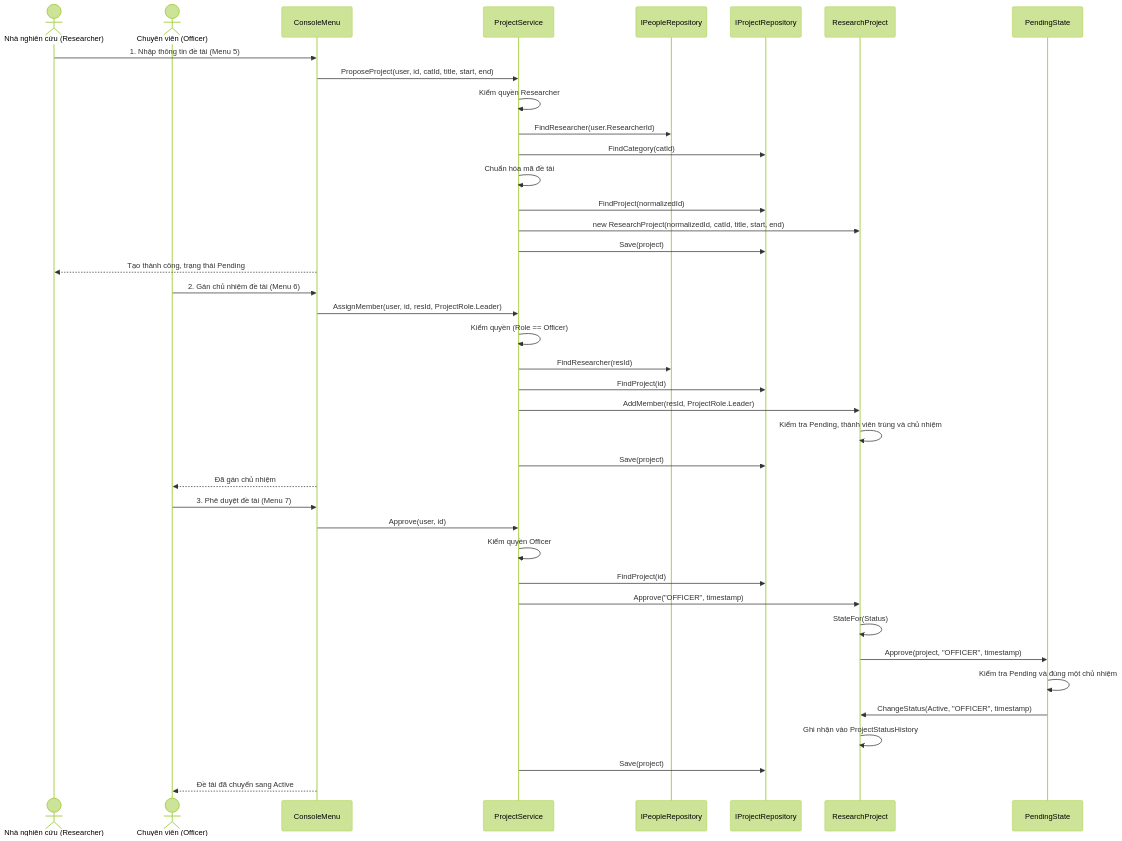
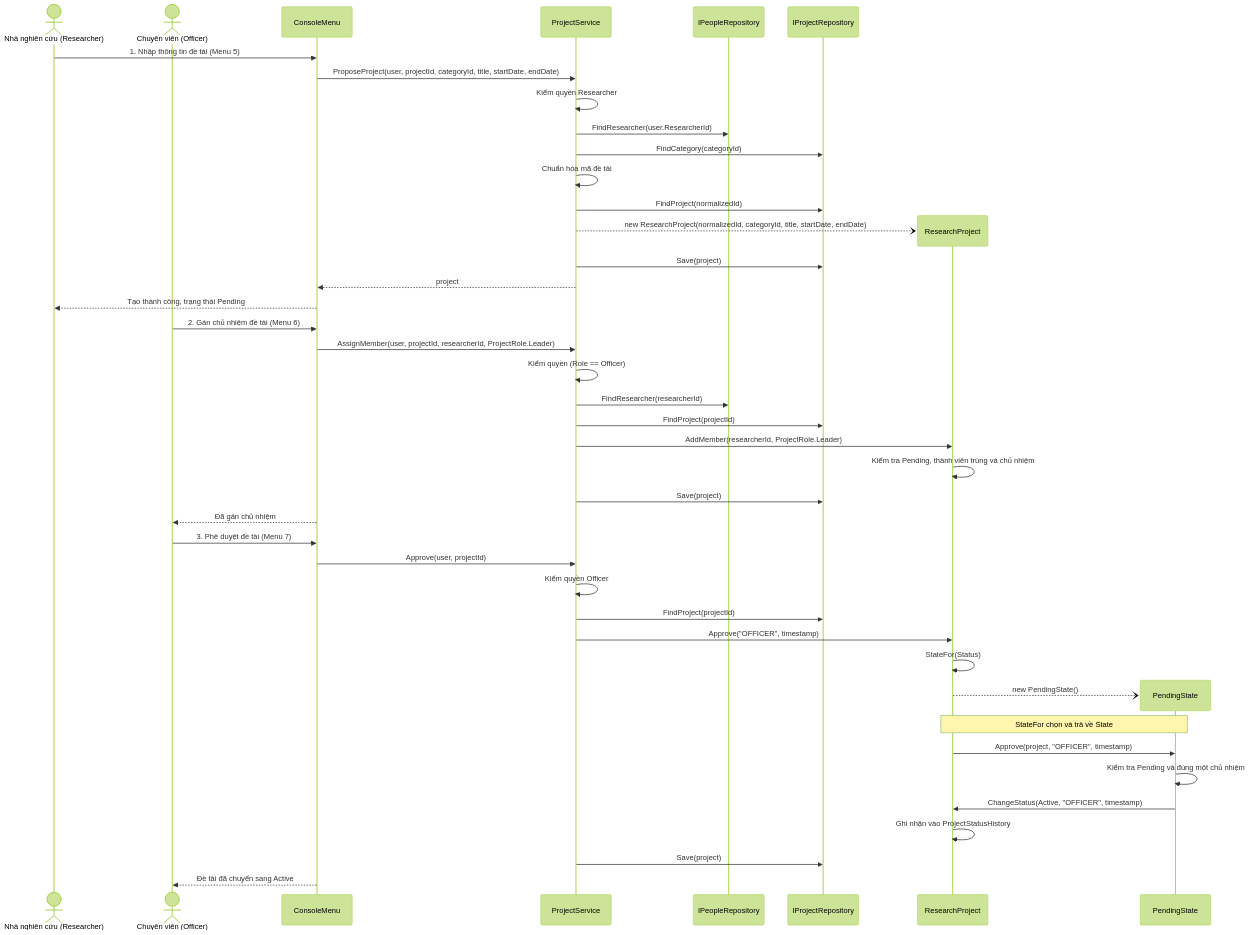
Before and after one commit to PKT-zZ/QLNCKH_OOP_FINAL: the seventh of 10 diagrams in docs/uml.md, drawn with Mermaid (forest theme). The commit also changed other lines of this file and 1 other file, not shown here.

Commit message:
docs: align use cases and UML with implementation

````diff
--- a/docs/uml.md
+++ b/docs/uml.md
@@ -555,48 +573,51 @@
 ```mermaid
 sequenceDiagram
     actor NNC as Nhà nghiên cứu (Researcher)
     actor CV as Chuyên viên (Officer)
     participant UI as ConsoleMenu
     participant PS as ProjectService
     participant People as IPeopleRepository
     participant Repo as IProjectRepository
-    participant P as ResearchProject
-    participant State as PendingState
 
     %% UC02: Đề xuất
     NNC->>UI: 1. Nhập thông tin đề tài (Menu 5)
-    UI->>PS: ProposeProject(user, id, catId, title, start, end)
+    UI->>PS: ProposeProject(user, projectId, categoryId, title, startDate, endDate)
     PS->>PS: Kiểm quyền Researcher
     PS->>People: FindResearcher(user.ResearcherId)
-    PS->>Repo: FindCategory(catId)
+    PS->>Repo: FindCategory(categoryId)
     PS->>PS: Chuẩn hóa mã đề tài
     PS->>Repo: FindProject(normalizedId)
-    PS->>P: new ResearchProject(normalizedId, catId, title, start, end)
+    create participant P as ResearchProject
+    PS--)P: new ResearchProject(normalizedId, categoryId, title, startDate, endDate)
     PS->>Repo: Save(project)
+    PS-->>UI: project
     UI-->>NNC: Tạo thành công, trạng thái Pending
 
     %% UC03: Gán chủ nhiệm
     CV->>UI: 2. Gán chủ nhiệm đề tài (Menu 6)
-    UI->>PS: AssignMember(user, id, resId, ProjectRole.Leader)
+    UI->>PS: AssignMember(user, projectId, researcherId, ProjectRole.Leader)
     PS->>PS: Kiểm quyền (Role == Officer)
-    PS->>People: FindResearcher(resId)
-    PS->>Repo: FindProject(id)
-    PS->>P: AddMember(resId, ProjectRole.Leader)
+    PS->>People: FindResearcher(researcherId)
+    PS->>Repo: FindProject(projectId)
+    PS->>P: AddMember(researcherId, ProjectRole.Leader)
     P->>P: Kiểm tra Pending, thành viên trùng và chủ nhiệm
     PS->>Repo: Save(project)
     UI-->>CV: Đã gán chủ nhiệm
 
     %% UC03: Phê duyệt
     CV->>UI: 3. Phê duyệt đề tài (Menu 7)
-    UI->>PS: Approve(user, id)
+    UI->>PS: Approve(user, projectId)
     PS->>PS: Kiểm quyền Officer
-    PS->>Repo: FindProject(id)
+    PS->>Repo: FindProject(projectId)
     PS->>P: Approve("OFFICER", timestamp)
     P->>P: StateFor(Status)
+    create participant State as PendingState
+    P--)State: new PendingState()
+    Note over P,State: StateFor chọn và trả về State
     P->>State: Approve(project, "OFFICER", timestamp)
     State->>State: Kiểm tra Pending và đúng một chủ nhiệm
     State->>P: ChangeStatus(Active, "OFFICER", timestamp)
     P->>P: Ghi nhận vào ProjectStatusHistory
     PS->>Repo: Save(project)
     UI-->>CV: Đề tài đã chuyển sang Active
 ```
````
